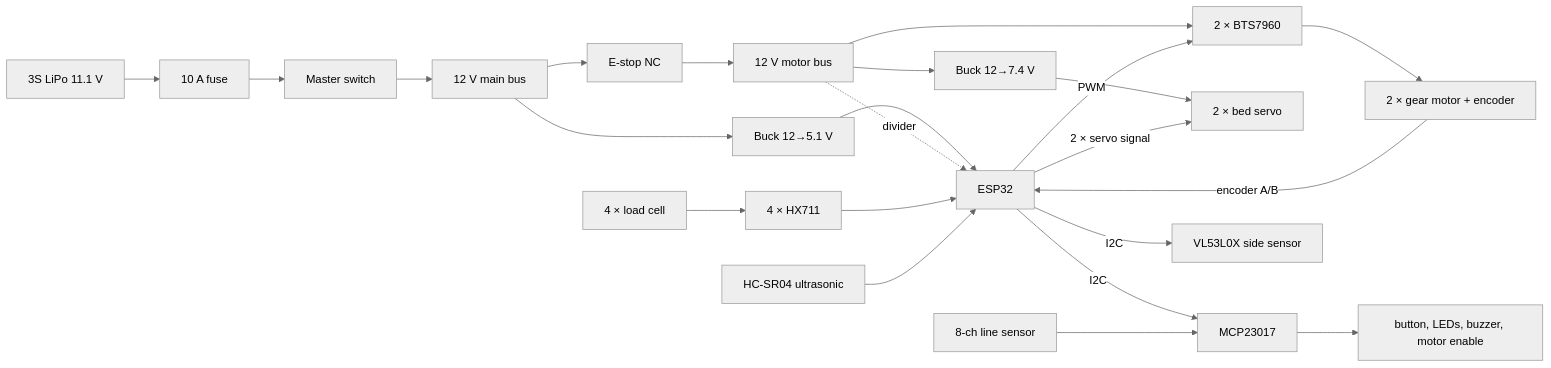
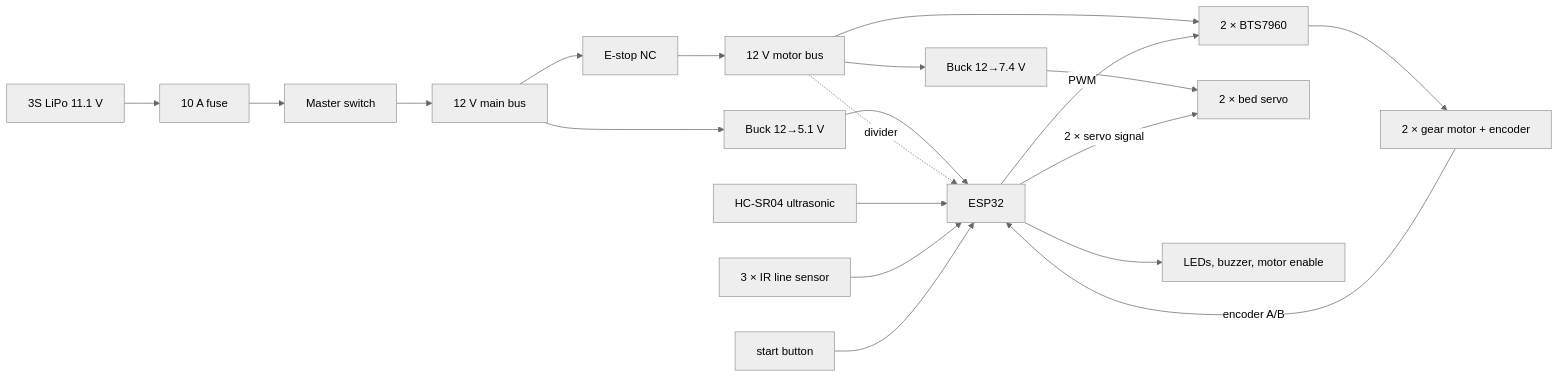
One commit to ahmedoab/cargo_robot changed the first of 3 diagrams in BUILD_GUIDE.md. Above: the diagram before and after it, drawn with Mermaid (neutral theme). The commit also changed other lines of this file and 94 other files, not shown here.

First line of the commit message:
Remove the load cells and the side sensor; new motors, casters and line sensors

````diff
--- a/BUILD_GUIDE.md
+++ b/BUILD_GUIDE.md
@@ -103,17 +101,15 @@
 ```mermaid
 flowchart LR
   BAT[3S LiPo 11.1 V] --> FUSE[10 A fuse] --> SW[Master switch] --> BUS12[12 V main bus]
   BUS12 --> BUCK[Buck 12→5.1 V] --> ESP[ESP32]
   BUS12 --> ESTOP[E-stop NC] --> MBUS[12 V motor bus] --> DRV[2 × BTS7960] --> MOT[2 × gear motor + encoder]
   MBUS --> SBUCK[Buck 12→7.4 V] --> SERVO[2 × bed servo]
   MBUS -. divider .-> ESP
   ESP -- PWM --> DRV
   ESP -- 2 × servo signal --> SERVO
   MOT -- encoder A/B --> ESP
-  CELLS[4 × load cell] --> HX[4 × HX711] --> ESP
   SONAR[HC-SR04 ultrasonic] --> ESP
-  ESP -- I2C --> MCP[MCP23017]
-  LINE[8-ch line sensor] --> MCP
-  MCP --> PANEL[button, LEDs, buzzer, motor enable]
-  ESP -- I2C --> TOF[VL53L0X side sensor]
+  LINE[3 × IR line sensor] --> ESP
+  ESP --> PANEL[LEDs, buzzer, motor enable]
+  BTN[start button] --> ESP
 ```
````
